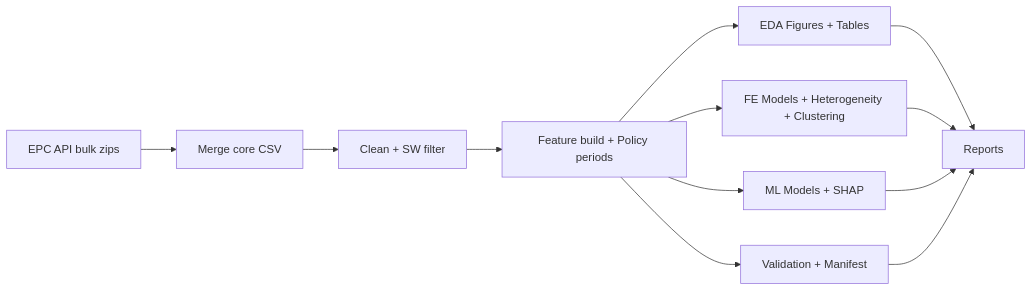
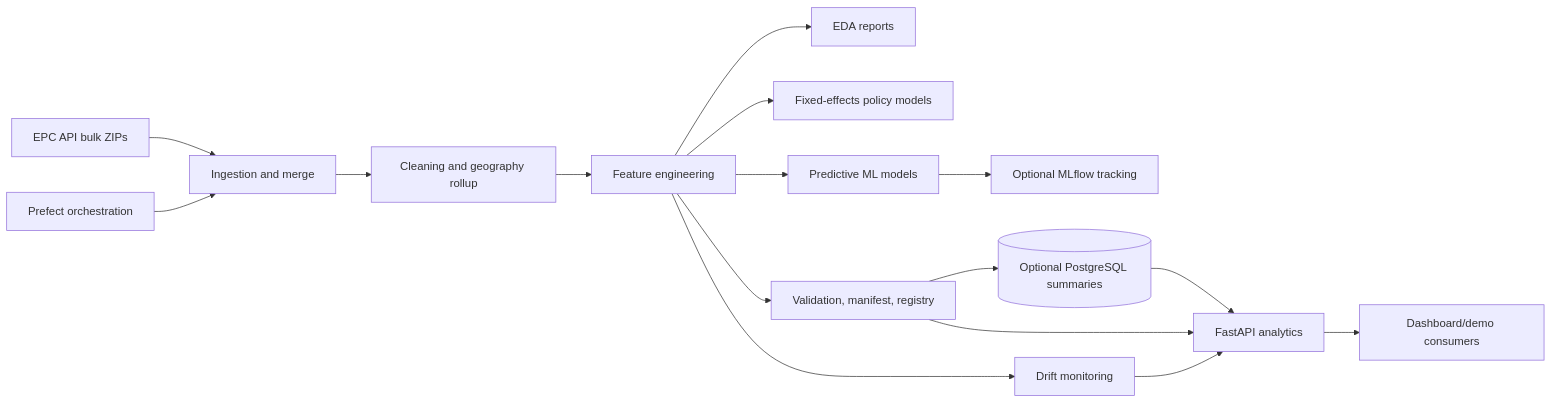
Before and after one commit to divyanshu144/EPC: the diagram in README.md, drawn with Mermaid. The commit also changed other lines of this file and 63 other files, not shown here.

First line of the commit message:
Add platform layers: orchestration, database, tracking, monitoring

````diff
--- a/README.md
+++ b/README.md
@@ -15,14 +40,18 @@
 ```mermaid
 flowchart LR
-  A[EPC API bulk zips] --> B[Merge core CSV]
-  B --> C[Clean + SW filter]
-  C --> D[Feature build + Policy periods]
-  D --> E[EDA Figures + Tables]
-  D --> F[FE Models + Heterogeneity + Clustering]
-  D --> G[ML Models + SHAP]
-  D --> H[Validation + Manifest]
-  E --> R[Reports]
-  F --> R
-  G --> R
-  H --> R
+  A[EPC API bulk ZIPs] --> B[Ingestion and merge]
+  O[Prefect orchestration] --> B
+  B --> C[Cleaning and geography rollup]
+  C --> D[Feature engineering]
+  D --> E[EDA reports]
+  D --> F[Fixed-effects policy models]
+  D --> G[Predictive ML models]
+  D --> H[Validation, manifest, registry]
+  G --> M[Optional MLflow tracking]
+  D --> N[Drift monitoring]
+  H --> P[(Optional PostgreSQL summaries)]
+  P --> Q[FastAPI analytics]
+  H --> Q
+  N --> Q
+  Q --> S[Dashboard/demo consumers]
 ```
````
